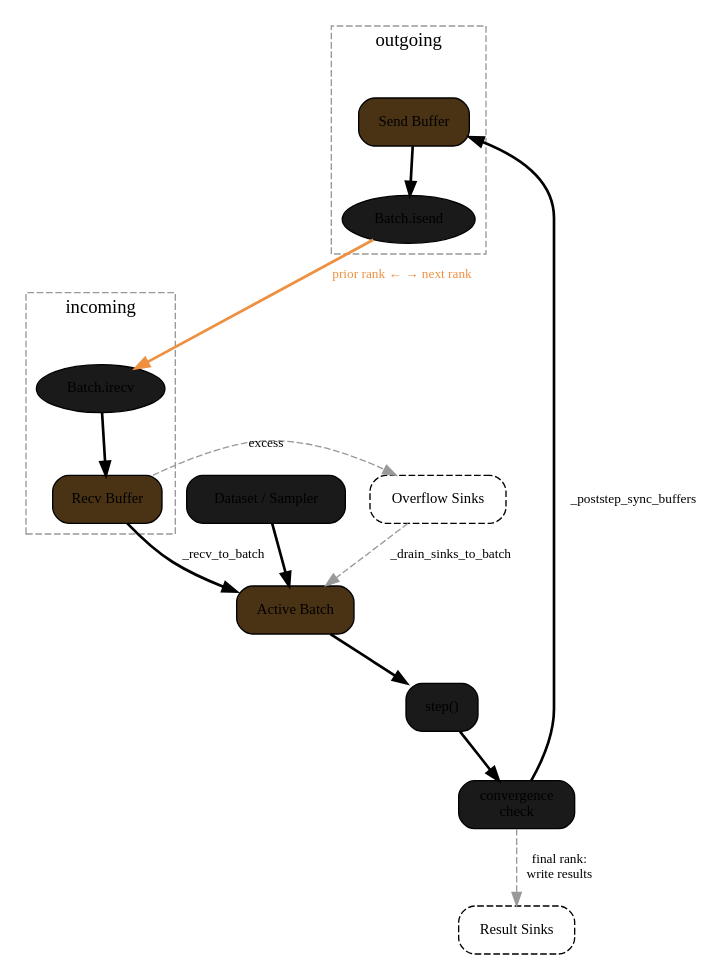
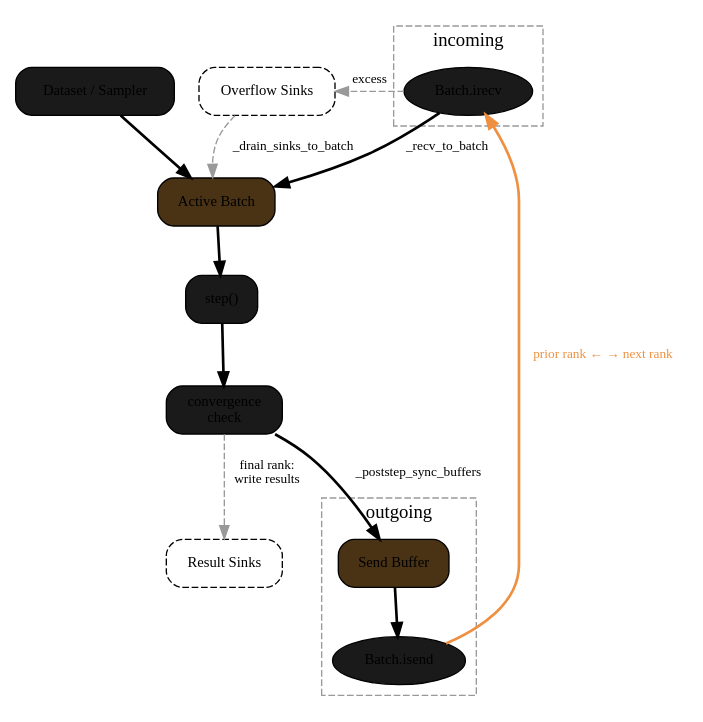
One commit to NVIDIA/nvalchemi-toolkit changed the first of 4 diagrams in docs/modules/dynamics/buffers_and_data_flow.rst. Above: the diagram before and after it, drawn with Graphviz. The commit also changed other lines of this file and 6 other files, not shown here.

```diff
--- a/docs/modules/dynamics/buffers_and_data_flow.rst
+++ b/docs/modules/dynamics/buffers_and_data_flow.rst
@@ -41,48 +41,46 @@
 .. graphviz::
    :caption: Data flow through the three buffer layers.
 
    digraph buffer_layers {
        rankdir=TB
        compound=true
        node [fontsize=11 shape=box style="rounded,filled" fillcolor="#1a1a1a"]
        edge [fontsize=10]
 
        dataset [label="Dataset / Sampler" fillcolor="#1a1a1a"]
        batch   [label="Active Batch" fillcolor="#4a3315"]
        step    [label="step()"]
        conv    [label="convergence\ncheck"]
 
        dataset -> batch [style=bold]
        batch -> step -> conv [style=bold]
 
        subgraph cluster_send {
            label="outgoing"
            style=dashed
            color="#999999"
 
            send [label="Send Buffer" fillcolor="#4a3315"]
            isend [label="Batch.isend" shape=ellipse fillcolor="#1a1a1a"]
        }
 
        subgraph cluster_recv {
            label="incoming"
            style=dashed
            color="#999999"
 
            irecv [label="Batch.irecv" shape=ellipse fillcolor="#1a1a1a"]
-           recv  [label="Recv Buffer" fillcolor="#4a3315"]
        }
 
        conv -> send [label="_poststep_sync_buffers" style=bold]
        send -> isend [style=bold]
        isend -> irecv [label="prior rank ← → next rank" style=bold color="#ee9040" fontcolor="#ee9040" penwidth=2]
-       irecv -> recv [style=bold]
-       recv -> batch [label="_recv_to_batch" style=bold]
+       irecv -> batch [label="_recv_to_batch" style=bold]
 
        overflow [label="Overflow Sinks" style="rounded,dashed" fillcolor=none]
-       recv -> overflow [label="excess" style=dashed color="#999999"]
+       irecv -> overflow [label="excess" style=dashed color="#999999"]
        overflow -> batch [label="_drain_sinks_to_batch" style=dashed color="#999999"]
 
        sinks [label="Result Sinks" style="rounded,dashed" fillcolor=none]
        conv -> sinks [label="final rank:\nwrite results" style=dashed color="#999999"]
    }
```
